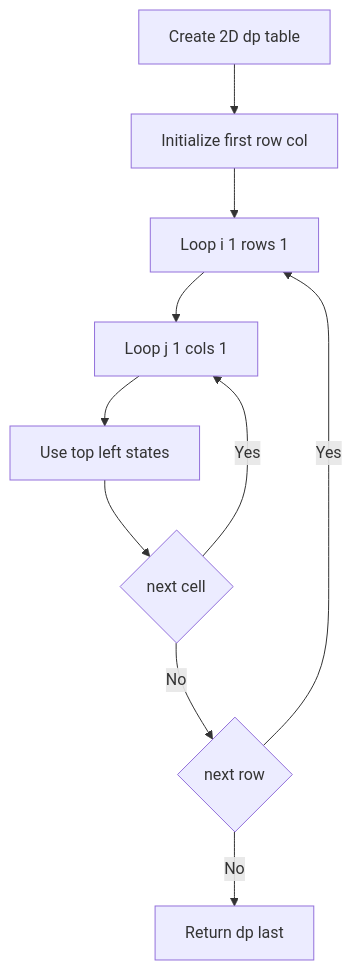
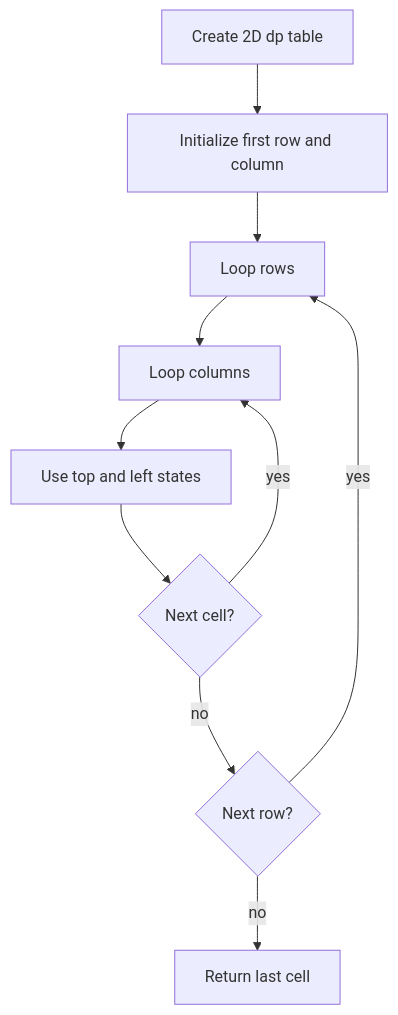
Before and after one commit to choisimo/document: the diagram in content/docs/algorithms/algorithm-architect/03-dynamic-programming/02-dp-2d.md, drawn with Mermaid. The commit also changed other lines of this file and 432 other files, not shown here.

````diff
--- a/content/docs/algorithms/algorithm-architect/03-dynamic-programming/02-dp-2d.md
+++ b/content/docs/algorithms/algorithm-architect/03-dynamic-programming/02-dp-2d.md
@@ -23,12 +73,12 @@
 ```mermaid
 flowchart TD
-    A[Create 2D dp table] --> B[Initialize first row col]
-    B --> C[Loop i 1 rows 1]
-    C --> D[Loop j 1 cols 1]
-    D --> E[Use top left states]
-    E --> F{next cell}
-    F -- Yes --> D
-    F -- No --> G{next row}
-    G -- Yes --> C
-    G -- No --> H[Return dp last]
+    A[Create 2D dp table] --> B[Initialize first row and column]
+    B --> C[Loop rows]
+    C --> D[Loop columns]
+    D --> E[Use top and left states]
+    E --> F{Next cell?}
+    F -- yes --> D
+    F -- no --> G{Next row?}
+    G -- yes --> C
+    G -- no --> H[Return last cell]
 ```
````
